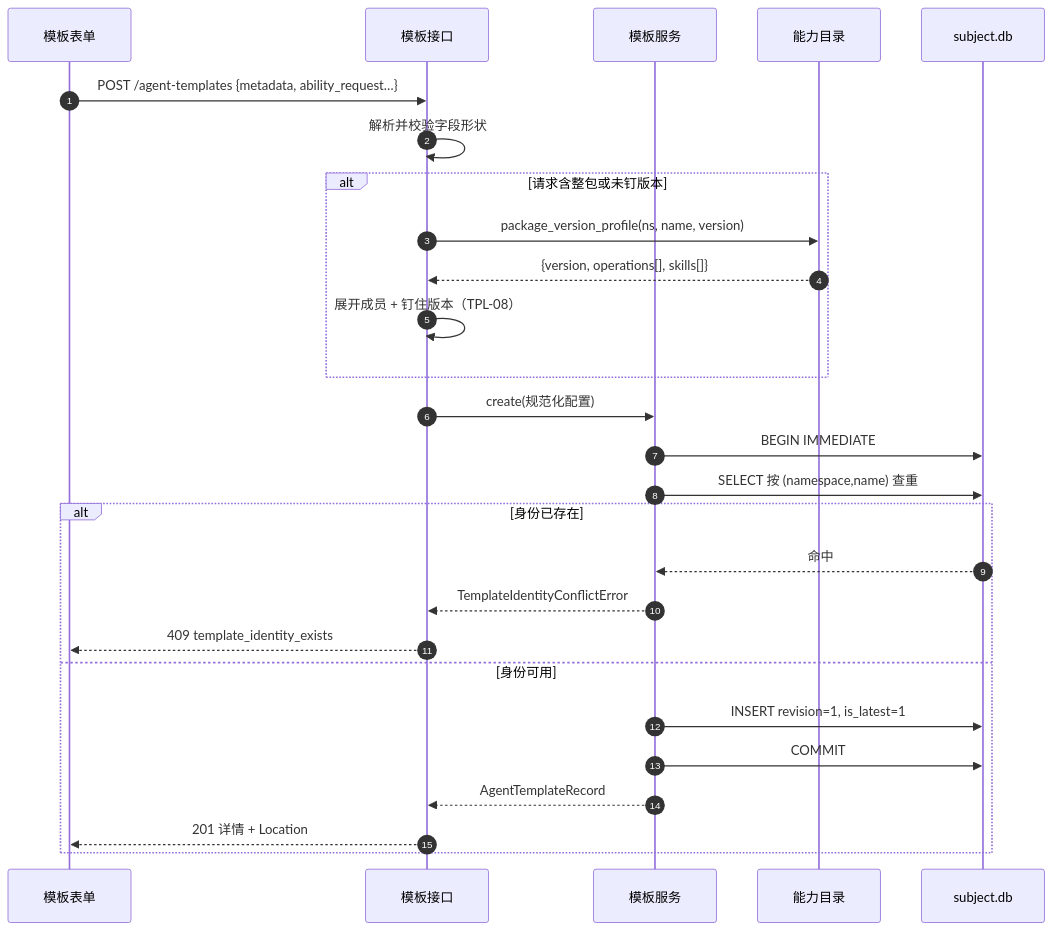
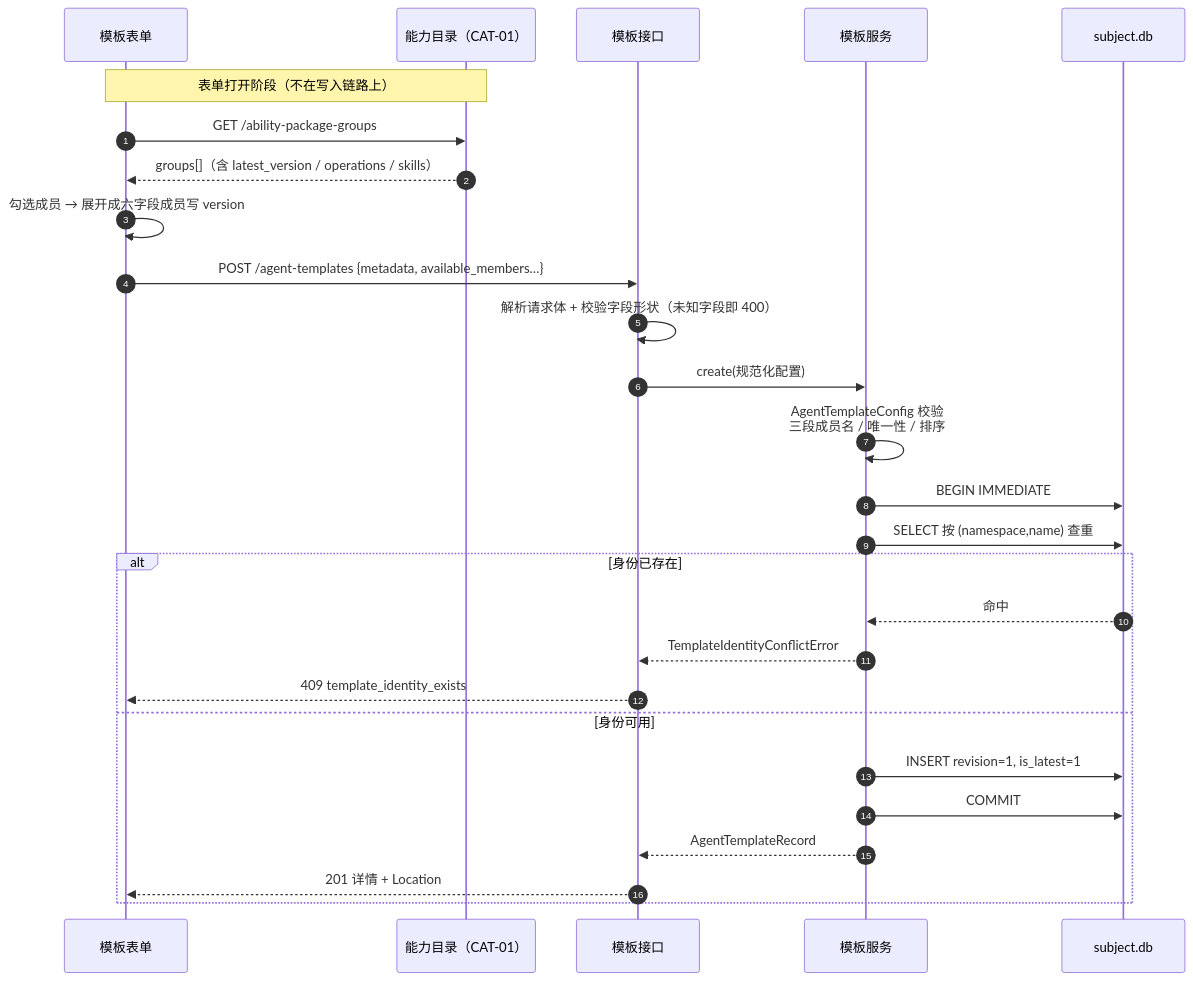
One commit to ghrah-org/ghrah-monorepo changed the second of 4 diagrams in docs/ghrah-09-agent-template-management-design.md. Above: the diagram before and after it, drawn with Mermaid. The commit also changed other lines of this file and 15 other files, not shown here.

````diff
--- a/docs/ghrah-09-agent-template-management-design.md
+++ b/docs/ghrah-09-agent-template-management-design.md
@@ -413,30 +455,31 @@
 ```mermaid
 sequenceDiagram
     autonumber
     participant UI as 模板表单
+    participant CAT as 能力目录（CAT-01）
     participant API as 模板接口
     participant SVC as 模板服务
-    participant CAT as 能力目录
     participant DB as subject.db
 
-    UI->>API: POST /agent-templates {metadata, ability_request…}
-    API->>API: 解析并校验字段形状
-    alt 请求含整包或未钉版本
-        API->>CAT: package_version_profile(ns, name, version)
-        CAT-->>API: {version, operations[], skills[]}
-        API->>API: 展开成员 + 钉住版本（TPL-08）
-    end
+    Note over UI,CAT: 表单打开阶段（不在写入链路上）
+    UI->>CAT: GET /ability-package-groups
+    CAT-->>UI: groups[]（含 latest_version / operations / skills）
+    UI->>UI: 勾选成员 → 展开成六字段成员写 version
+
+    UI->>API: POST /agent-templates {metadata, available_members…}
+    API->>API: 解析请求体 + 校验字段形状（未知字段即 400）
     API->>SVC: create(规范化配置)
+    SVC->>SVC: AgentTemplateConfig 校验<br/>三段成员名 / 唯一性 / 排序
     SVC->>DB: BEGIN IMMEDIATE
     SVC->>DB: SELECT 按 (namespace,name) 查重
     alt 身份已存在
         DB-->>SVC: 命中
         SVC-->>API: TemplateIdentityConflictError
         API-->>UI: 409 template_identity_exists
     else 身份可用
         SVC->>DB: INSERT revision=1, is_latest=1
         SVC->>DB: COMMIT
         SVC-->>API: AgentTemplateRecord
         API-->>UI: 201 详情 + Location
     end
 ```
````
